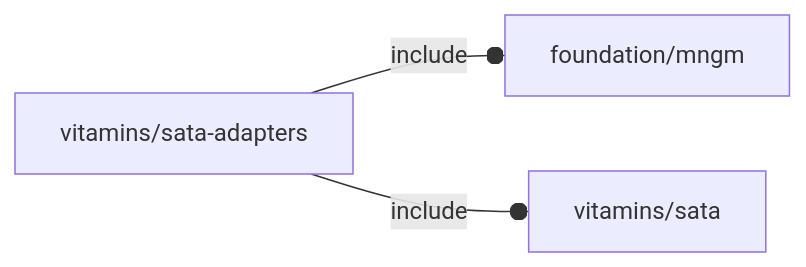
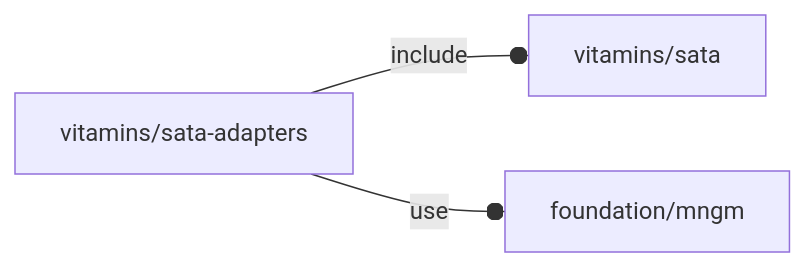
Before and after one commit to ggabbiani/OFL: the diagram in orthodocs/vitamins/sata-adapters.md, drawn with Mermaid. The commit also changed other lines of this file and 74 other files, not shown here.

````diff
--- a/orthodocs/vitamins/sata-adapters.md
+++ b/orthodocs/vitamins/sata-adapters.md
@@ -5,5 +5,5 @@
 ```mermaid
 graph LR
-    A1[vitamins/sata-adapters] --o|include| A2[foundation/mngm]
-    A1 --o|include| A3[vitamins/sata]
+    A1[vitamins/sata-adapters] --o|include| A2[vitamins/sata]
+    A1 --o|use| A3[foundation/mngm]
 ```
````
